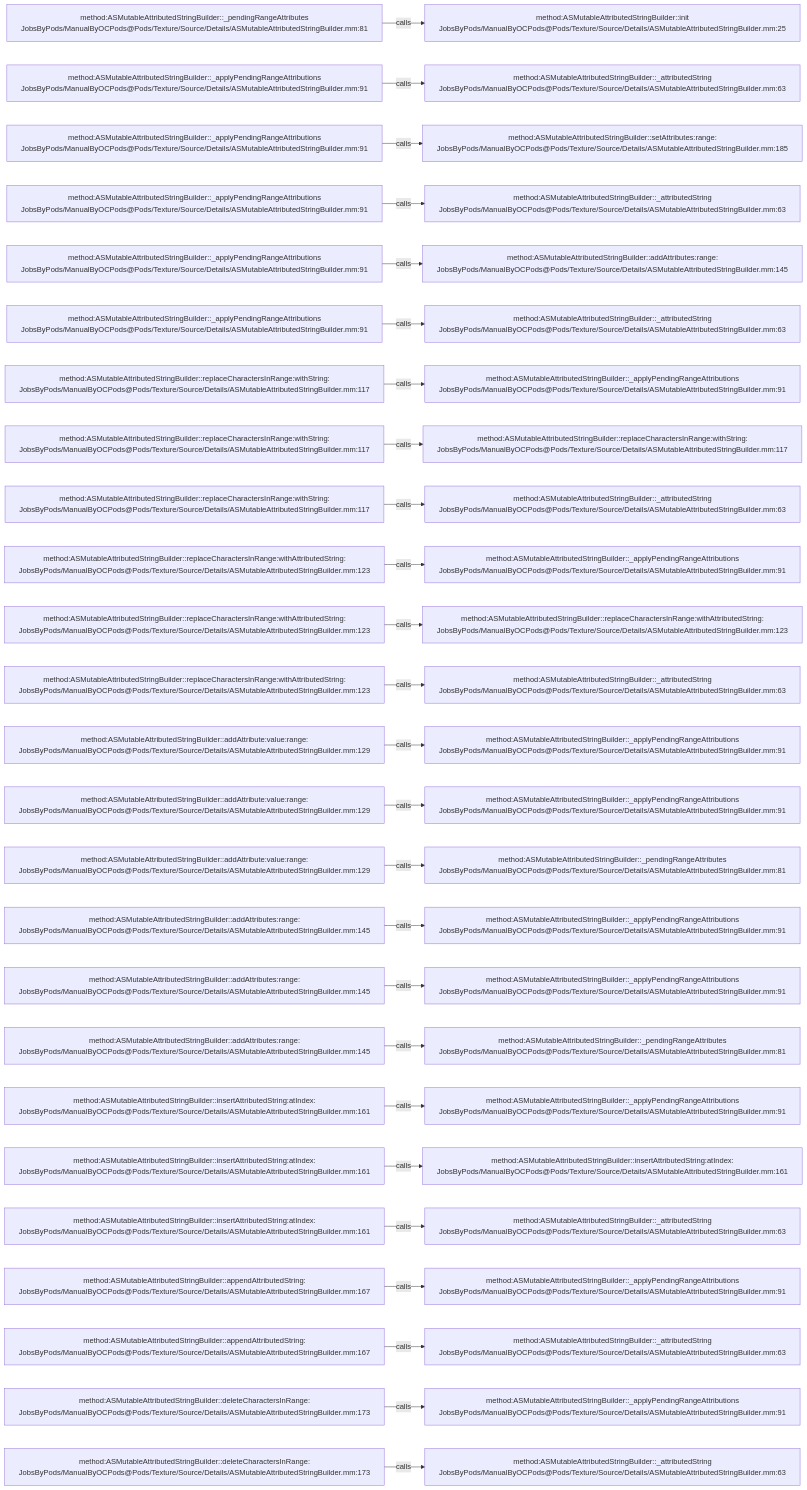
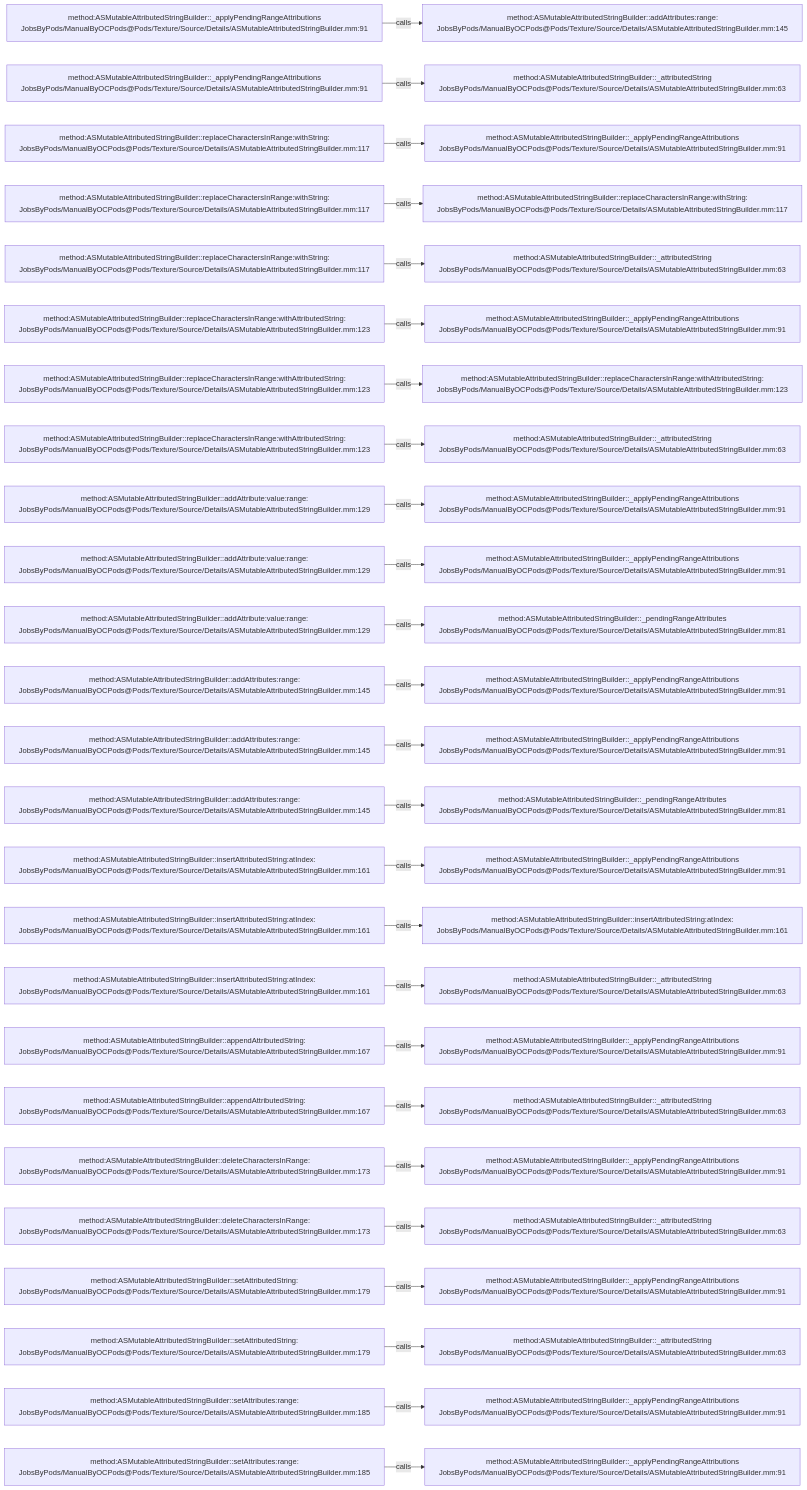
The diagram in .codegraph/codegraph.md/graphs/calls-157.md (JobsKits/JobsOCBaseConfigDemo), drawn with Mermaid before and after one commit. The commit also changed 727 other files, not shown here.

````diff
--- a/.codegraph/codegraph.md/graphs/calls-157.md
+++ b/.codegraph/codegraph.md/graphs/calls-157.md
@@ -13,78 +13,78 @@
 ```mermaid
 flowchart LR
-  S1["method:ASMutableAttributedStringBuilder::_pendingRangeAttributes<br/>JobsByPods/ManualByOCPods@Pods/Texture/Source/Details/ASMutableAttributedStringBuilder.mm:81"]
-  T1["method:ASMutableAttributedStringBuilder::init<br/>JobsByPods/ManualByOCPods@Pods/Texture/Source/Details/ASMutableAttributedStringBuilder.mm:25"]
+  S1["method:ASMutableAttributedStringBuilder::_applyPendingRangeAttributions<br/>JobsByPods/ManualByOCPods@Pods/Texture/Source/Details/ASMutableAttributedStringBuilder.mm:91"]
+  T1["method:ASMutableAttributedStringBuilder::addAttributes:range:<br/>JobsByPods/ManualByOCPods@Pods/Texture/Source/Details/ASMutableAttributedStringBuilder.mm:145"]
   S1 -->|calls| T1
   S2["method:ASMutableAttributedStringBuilder::_applyPendingRangeAttributions<br/>JobsByPods/ManualByOCPods@Pods/Texture/Source/Details/ASMutableAttributedStringBuilder.mm:91"]
   T2["method:ASMutableAttributedStringBuilder::_attributedString<br/>JobsByPods/ManualByOCPods@Pods/Texture/Source/Details/ASMutableAttributedStringBuilder.mm:63"]
   S2 -->|calls| T2
-  S3["method:ASMutableAttributedStringBuilder::_applyPendingRangeAttributions<br/>JobsByPods/ManualByOCPods@Pods/Texture/Source/Details/ASMutableAttributedStringBuilder.mm:91"]
-  T3["method:ASMutableAttributedStringBuilder::setAttributes:range:<br/>JobsByPods/ManualByOCPods@Pods/Texture/Source/Details/ASMutableAttributedStringBuilder.mm:185"]
+  S3["method:ASMutableAttributedStringBuilder::replaceCharactersInRange:withString:<br/>JobsByPods/ManualByOCPods@Pods/Texture/Source/Details/ASMutableAttributedStringBuilder.mm:117"]
+  T3["method:ASMutableAttributedStringBuilder::_applyPendingRangeAttributions<br/>JobsByPods/ManualByOCPods@Pods/Texture/Source/Details/ASMutableAttributedStringBuilder.mm:91"]
   S3 -->|calls| T3
-  S4["method:ASMutableAttributedStringBuilder::_applyPendingRangeAttributions<br/>JobsByPods/ManualByOCPods@Pods/Texture/Source/Details/ASMutableAttributedStringBuilder.mm:91"]
-  T4["method:ASMutableAttributedStringBuilder::_attributedString<br/>JobsByPods/ManualByOCPods@Pods/Texture/Source/Details/ASMutableAttributedStringBuilder.mm:63"]
+  S4["method:ASMutableAttributedStringBuilder::replaceCharactersInRange:withString:<br/>JobsByPods/ManualByOCPods@Pods/Texture/Source/Details/ASMutableAttributedStringBuilder.mm:117"]
+  T4["method:ASMutableAttributedStringBuilder::replaceCharactersInRange:withString:<br/>JobsByPods/ManualByOCPods@Pods/Texture/Source/Details/ASMutableAttributedStringBuilder.mm:117"]
   S4 -->|calls| T4
-  S5["method:ASMutableAttributedStringBuilder::_applyPendingRangeAttributions<br/>JobsByPods/ManualByOCPods@Pods/Texture/Source/Details/ASMutableAttributedStringBuilder.mm:91"]
-  T5["method:ASMutableAttributedStringBuilder::addAttributes:range:<br/>JobsByPods/ManualByOCPods@Pods/Texture/Source/Details/ASMutableAttributedStringBuilder.mm:145"]
+  S5["method:ASMutableAttributedStringBuilder::replaceCharactersInRange:withString:<br/>JobsByPods/ManualByOCPods@Pods/Texture/Source/Details/ASMutableAttributedStringBuilder.mm:117"]
+  T5["method:ASMutableAttributedStringBuilder::_attributedString<br/>JobsByPods/ManualByOCPods@Pods/Texture/Source/Details/ASMutableAttributedStringBuilder.mm:63"]
   S5 -->|calls| T5
-  S6["method:ASMutableAttributedStringBuilder::_applyPendingRangeAttributions<br/>JobsByPods/ManualByOCPods@Pods/Texture/Source/Details/ASMutableAttributedStringBuilder.mm:91"]
-  T6["method:ASMutableAttributedStringBuilder::_attributedString<br/>JobsByPods/ManualByOCPods@Pods/Texture/Source/Details/ASMutableAttributedStringBuilder.mm:63"]
+  S6["method:ASMutableAttributedStringBuilder::replaceCharactersInRange:withAttributedString:<br/>JobsByPods/ManualByOCPods@Pods/Texture/Source/Details/ASMutableAttributedStringBuilder.mm:123"]
+  T6["method:ASMutableAttributedStringBuilder::_applyPendingRangeAttributions<br/>JobsByPods/ManualByOCPods@Pods/Texture/Source/Details/ASMutableAttributedStringBuilder.mm:91"]
   S6 -->|calls| T6
-  S7["method:ASMutableAttributedStringBuilder::replaceCharactersInRange:withString:<br/>JobsByPods/ManualByOCPods@Pods/Texture/Source/Details/ASMutableAttributedStringBuilder.mm:117"]
-  T7["method:ASMutableAttributedStringBuilder::_applyPendingRangeAttributions<br/>JobsByPods/ManualByOCPods@Pods/Texture/Source/Details/ASMutableAttributedStringBuilder.mm:91"]
+  S7["method:ASMutableAttributedStringBuilder::replaceCharactersInRange:withAttributedString:<br/>JobsByPods/ManualByOCPods@Pods/Texture/Source/Details/ASMutableAttributedStringBuilder.mm:123"]
+  T7["method:ASMutableAttributedStringBuilder::replaceCharactersInRange:withAttributedString:<br/>JobsByPods/ManualByOCPods@Pods/Texture/Source/Details/ASMutableAttributedStringBuilder.mm:123"]
   S7 -->|calls| T7
-  S8["method:ASMutableAttributedStringBuilder::replaceCharactersInRange:withString:<br/>JobsByPods/ManualByOCPods@Pods/Texture/Source/Details/ASMutableAttributedStringBuilder.mm:117"]
-  T8["method:ASMutableAttributedStringBuilder::replaceCharactersInRange:withString:<br/>JobsByPods/ManualByOCPods@Pods/Texture/Source/Details/ASMutableAttributedStringBuilder.mm:117"]
+  S8["method:ASMutableAttributedStringBuilder::replaceCharactersInRange:withAttributedString:<br/>JobsByPods/ManualByOCPods@Pods/Texture/Source/Details/ASMutableAttributedStringBuilder.mm:123"]
+  T8["method:ASMutableAttributedStringBuilder::_attributedString<br/>JobsByPods/ManualByOCPods@Pods/Texture/Source/Details/ASMutableAttributedStringBuilder.mm:63"]
   S8 -->|calls| T8
-  S9["method:ASMutableAttributedStringBuilder::replaceCharactersInRange:withString:<br/>JobsByPods/ManualByOCPods@Pods/Texture/Source/Details/ASMutableAttributedStringBuilder.mm:117"]
-  T9["method:ASMutableAttributedStringBuilder::_attributedString<br/>JobsByPods/ManualByOCPods@Pods/Texture/Source/Details/ASMutableAttributedStringBuilder.mm:63"]
+  S9["method:ASMutableAttributedStringBuilder::addAttribute:value:range:<br/>JobsByPods/ManualByOCPods@Pods/Texture/Source/Details/ASMutableAttributedStringBuilder.mm:129"]
+  T9["method:ASMutableAttributedStringBuilder::_applyPendingRangeAttributions<br/>JobsByPods/ManualByOCPods@Pods/Texture/Source/Details/ASMutableAttributedStringBuilder.mm:91"]
   S9 -->|calls| T9
-  S10["method:ASMutableAttributedStringBuilder::replaceCharactersInRange:withAttributedString:<br/>JobsByPods/ManualByOCPods@Pods/Texture/Source/Details/ASMutableAttributedStringBuilder.mm:123"]
+  S10["method:ASMutableAttributedStringBuilder::addAttribute:value:range:<br/>JobsByPods/ManualByOCPods@Pods/Texture/Source/Details/ASMutableAttributedStringBuilder.mm:129"]
   T10["method:ASMutableAttributedStringBuilder::_applyPendingRangeAttributions<br/>JobsByPods/ManualByOCPods@Pods/Texture/Source/Details/ASMutableAttributedStringBuilder.mm:91"]
   S10 -->|calls| T10
-  S11["method:ASMutableAttributedStringBuilder::replaceCharactersInRange:withAttributedString:<br/>JobsByPods/ManualByOCPods@Pods/Texture/Source/Details/ASMutableAttributedStringBuilder.mm:123"]
-  T11["method:ASMutableAttributedStringBuilder::replaceCharactersInRange:withAttributedString:<br/>JobsByPods/ManualByOCPods@Pods/Texture/Source/Details/ASMutableAttributedStringBuilder.mm:123"]
+  S11["method:ASMutableAttributedStringBuilder::addAttribute:value:range:<br/>JobsByPods/ManualByOCPods@Pods/Texture/Source/Details/ASMutableAttributedStringBuilder.mm:129"]
+  T11["method:ASMutableAttributedStringBuilder::_pendingRangeAttributes<br/>JobsByPods/ManualByOCPods@Pods/Texture/Source/Details/ASMutableAttributedStringBuilder.mm:81"]
   S11 -->|calls| T11
-  S12["method:ASMutableAttributedStringBuilder::replaceCharactersInRange:withAttributedString:<br/>JobsByPods/ManualByOCPods@Pods/Texture/Source/Details/ASMutableAttributedStringBuilder.mm:123"]
-  T12["method:ASMutableAttributedStringBuilder::_attributedString<br/>JobsByPods/ManualByOCPods@Pods/Texture/Source/Details/ASMutableAttributedStringBuilder.mm:63"]
+  S12["method:ASMutableAttributedStringBuilder::addAttributes:range:<br/>JobsByPods/ManualByOCPods@Pods/Texture/Source/Details/ASMutableAttributedStringBuilder.mm:145"]
+  T12["method:ASMutableAttributedStringBuilder::_applyPendingRangeAttributions<br/>JobsByPods/ManualByOCPods@Pods/Texture/Source/Details/ASMutableAttributedStringBuilder.mm:91"]
   S12 -->|calls| T12
-  S13["method:ASMutableAttributedStringBuilder::addAttribute:value:range:<br/>JobsByPods/ManualByOCPods@Pods/Texture/Source/Details/ASMutableAttributedStringBuilder.mm:129"]
+  S13["method:ASMutableAttributedStringBuilder::addAttributes:range:<br/>JobsByPods/ManualByOCPods@Pods/Texture/Source/Details/ASMutableAttributedStringBuilder.mm:145"]
   T13["method:ASMutableAttributedStringBuilder::_applyPendingRangeAttributions<br/>JobsByPods/ManualByOCPods@Pods/Texture/Source/Details/ASMutableAttributedStringBuilder.mm:91"]
   S13 -->|calls| T13
-  S14["method:ASMutableAttributedStringBuilder::addAttribute:value:range:<br/>JobsByPods/ManualByOCPods@Pods/Texture/Source/Details/ASMutableAttributedStringBuilder.mm:129"]
-  T14["method:ASMutableAttributedStringBuilder::_applyPendingRangeAttributions<br/>JobsByPods/ManualByOCPods@Pods/Texture/Source/Details/ASMutableAttributedStringBuilder.mm:91"]
+  S14["method:ASMutableAttributedStringBuilder::addAttributes:range:<br/>JobsByPods/ManualByOCPods@Pods/Texture/Source/Details/ASMutableAttributedStringBuilder.mm:145"]
+  T14["method:ASMutableAttributedStringBuilder::_pendingRangeAttributes<br/>JobsByPods/ManualByOCPods@Pods/Texture/Source/Details/ASMutableAttributedStringBuilder.mm:81"]
   S14 -->|calls| T14
-  S15["method:ASMutableAttributedStringBuilder::addAttribute:value:range:<br/>JobsByPods/ManualByOCPods@Pods/Texture/Source/Details/ASMutableAttributedStringBuilder.mm:129"]
-  T15["method:ASMutableAttributedStringBuilder::_pendingRangeAttributes<br/>JobsByPods/ManualByOCPods@Pods/Texture/Source/Details/ASMutableAttributedStringBuilder.mm:81"]
+  S15["method:ASMutableAttributedStringBuilder::insertAttributedString:atIndex:<br/>JobsByPods/ManualByOCPods@Pods/Texture/Source/Details/ASMutableAttributedStringBuilder.mm:161"]
+  T15["method:ASMutableAttributedStringBuilder::_applyPendingRangeAttributions<br/>JobsByPods/ManualByOCPods@Pods/Texture/Source/Details/ASMutableAttributedStringBuilder.mm:91"]
   S15 -->|calls| T15
-  S16["method:ASMutableAttributedStringBuilder::addAttributes:range:<br/>JobsByPods/ManualByOCPods@Pods/Texture/Source/Details/ASMutableAttributedStringBuilder.mm:145"]
-  T16["method:ASMutableAttributedStringBuilder::_applyPendingRangeAttributions<br/>JobsByPods/ManualByOCPods@Pods/Texture/Source/Details/ASMutableAttributedStringBuilder.mm:91"]
+  S16["method:ASMutableAttributedStringBuilder::insertAttributedString:atIndex:<br/>JobsByPods/ManualByOCPods@Pods/Texture/Source/Details/ASMutableAttributedStringBuilder.mm:161"]
+  T16["method:ASMutableAttributedStringBuilder::insertAttributedString:atIndex:<br/>JobsByPods/ManualByOCPods@Pods/Texture/Source/Details/ASMutableAttributedStringBuilder.mm:161"]
   S16 -->|calls| T16
-  S17["method:ASMutableAttributedStringBuilder::addAttributes:range:<br/>JobsByPods/ManualByOCPods@Pods/Texture/Source/Details/ASMutableAttributedStringBuilder.mm:145"]
-  T17["method:ASMutableAttributedStringBuilder::_applyPendingRangeAttributions<br/>JobsByPods/ManualByOCPods@Pods/Texture/Source/Details/ASMutableAttributedStringBuilder.mm:91"]
+  S17["method:ASMutableAttributedStringBuilder::insertAttributedString:atIndex:<br/>JobsByPods/ManualByOCPods@Pods/Texture/Source/Details/ASMutableAttributedStringBuilder.mm:161"]
+  T17["method:ASMutableAttributedStringBuilder::_attributedString<br/>JobsByPods/ManualByOCPods@Pods/Texture/Source/Details/ASMutableAttributedStringBuilder.mm:63"]
   S17 -->|calls| T17
-  S18["method:ASMutableAttributedStringBuilder::addAttributes:range:<br/>JobsByPods/ManualByOCPods@Pods/Texture/Source/Details/ASMutableAttributedStringBuilder.mm:145"]
-  T18["method:ASMutableAttributedStringBuilder::_pendingRangeAttributes<br/>JobsByPods/ManualByOCPods@Pods/Texture/Source/Details/ASMutableAttributedStringBuilder.mm:81"]
+  S18["method:ASMutableAttributedStringBuilder::appendAttributedString:<br/>JobsByPods/ManualByOCPods@Pods/Texture/Source/Details/ASMutableAttributedStringBuilder.mm:167"]
+  T18["method:ASMutableAttributedStringBuilder::_applyPendingRangeAttributions<br/>JobsByPods/ManualByOCPods@Pods/Texture/Source/Details/ASMutableAttributedStringBuilder.mm:91"]
   S18 -->|calls| T18
-  S19["method:ASMutableAttributedStringBuilder::insertAttributedString:atIndex:<br/>JobsByPods/ManualByOCPods@Pods/Texture/Source/Details/ASMutableAttributedStringBuilder.mm:161"]
-  T19["method:ASMutableAttributedStringBuilder::_applyPendingRangeAttributions<br/>JobsByPods/ManualByOCPods@Pods/Texture/Source/Details/ASMutableAttributedStringBuilder.mm:91"]
+  S19["method:ASMutableAttributedStringBuilder::appendAttributedString:<br/>JobsByPods/ManualByOCPods@Pods/Texture/Source/Details/ASMutableAttributedStringBuilder.mm:167"]
+  T19["method:ASMutableAttributedStringBuilder::_attributedString<br/>JobsByPods/ManualByOCPods@Pods/Texture/Source/Details/ASMutableAttributedStringBuilder.mm:63"]
   S19 -->|calls| T19
-  S20["method:ASMutableAttributedStringBuilder::insertAttributedString:atIndex:<br/>JobsByPods/ManualByOCPods@Pods/Texture/Source/Details/ASMutableAttributedStringBuilder.mm:161"]
-  T20["method:ASMutableAttributedStringBuilder::insertAttributedString:atIndex:<br/>JobsByPods/ManualByOCPods@Pods/Texture/Source/Details/ASMutableAttributedStringBuilder.mm:161"]
+  S20["method:ASMutableAttributedStringBuilder::deleteCharactersInRange:<br/>JobsByPods/ManualByOCPods@Pods/Texture/Source/Details/ASMutableAttributedStringBuilder.mm:173"]
+  T20["method:ASMutableAttributedStringBuilder::_applyPendingRangeAttributions<br/>JobsByPods/ManualByOCPods@Pods/Texture/Source/Details/ASMutableAttributedStringBuilder.mm:91"]
   S20 -->|calls| T20
-  S21["method:ASMutableAttributedStringBuilder::insertAttributedString:atIndex:<br/>JobsByPods/ManualByOCPods@Pods/Texture/Source/Details/ASMutableAttributedStringBuilder.mm:161"]
+  S21["method:ASMutableAttributedStringBuilder::deleteCharactersInRange:<br/>JobsByPods/ManualByOCPods@Pods/Texture/Source/Details/ASMutableAttributedStringBuilder.mm:173"]
   T21["method:ASMutableAttributedStringBuilder::_attributedString<br/>JobsByPods/ManualByOCPods@Pods/Texture/Source/Details/ASMutableAttributedStringBuilder.mm:63"]
   S21 -->|calls| T21
-  S22["method:ASMutableAttributedStringBuilder::appendAttributedString:<br/>JobsByPods/ManualByOCPods@Pods/Texture/Source/Details/ASMutableAttributedStringBuilder.mm:167"]
+  S22["method:ASMutableAttributedStringBuilder::setAttributedString:<br/>JobsByPods/ManualByOCPods@Pods/Texture/Source/Details/ASMutableAttributedStringBuilder.mm:179"]
   T22["method:ASMutableAttributedStringBuilder::_applyPendingRangeAttributions<br/>JobsByPods/ManualByOCPods@Pods/Texture/Source/Details/ASMutableAttributedStringBuilder.mm:91"]
   S22 -->|calls| T22
-  S23["method:ASMutableAttributedStringBuilder::appendAttributedString:<br/>JobsByPods/ManualByOCPods@Pods/Texture/Source/Details/ASMutableAttributedStringBuilder.mm:167"]
+  S23["method:ASMutableAttributedStringBuilder::setAttributedString:<br/>JobsByPods/ManualByOCPods@Pods/Texture/Source/Details/ASMutableAttributedStringBuilder.mm:179"]
   T23["method:ASMutableAttributedStringBuilder::_attributedString<br/>JobsByPods/ManualByOCPods@Pods/Texture/Source/Details/ASMutableAttributedStringBuilder.mm:63"]
   S23 -->|calls| T23
-  S24["method:ASMutableAttributedStringBuilder::deleteCharactersInRange:<br/>JobsByPods/ManualByOCPods@Pods/Texture/Source/Details/ASMutableAttributedStringBuilder.mm:173"]
+  S24["method:ASMutableAttributedStringBuilder::setAttributes:range:<br/>JobsByPods/ManualByOCPods@Pods/Texture/Source/Details/ASMutableAttributedStringBuilder.mm:185"]
   T24["method:ASMutableAttributedStringBuilder::_applyPendingRangeAttributions<br/>JobsByPods/ManualByOCPods@Pods/Texture/Source/Details/ASMutableAttributedStringBuilder.mm:91"]
   S24 -->|calls| T24
-  S25["method:ASMutableAttributedStringBuilder::deleteCharactersInRange:<br/>JobsByPods/ManualByOCPods@Pods/Texture/Source/Details/ASMutableAttributedStringBuilder.mm:173"]
-  T25["method:ASMutableAttributedStringBuilder::_attributedString<br/>JobsByPods/ManualByOCPods@Pods/Texture/Source/Details/ASMutableAttributedStringBuilder.mm:63"]
+  S25["method:ASMutableAttributedStringBuilder::setAttributes:range:<br/>JobsByPods/ManualByOCPods@Pods/Texture/Source/Details/ASMutableAttributedStringBuilder.mm:185"]
+  T25["method:ASMutableAttributedStringBuilder::_applyPendingRangeAttributions<br/>JobsByPods/ManualByOCPods@Pods/Texture/Source/Details/ASMutableAttributedStringBuilder.mm:91"]
   S25 -->|calls| T25
 ```
````
